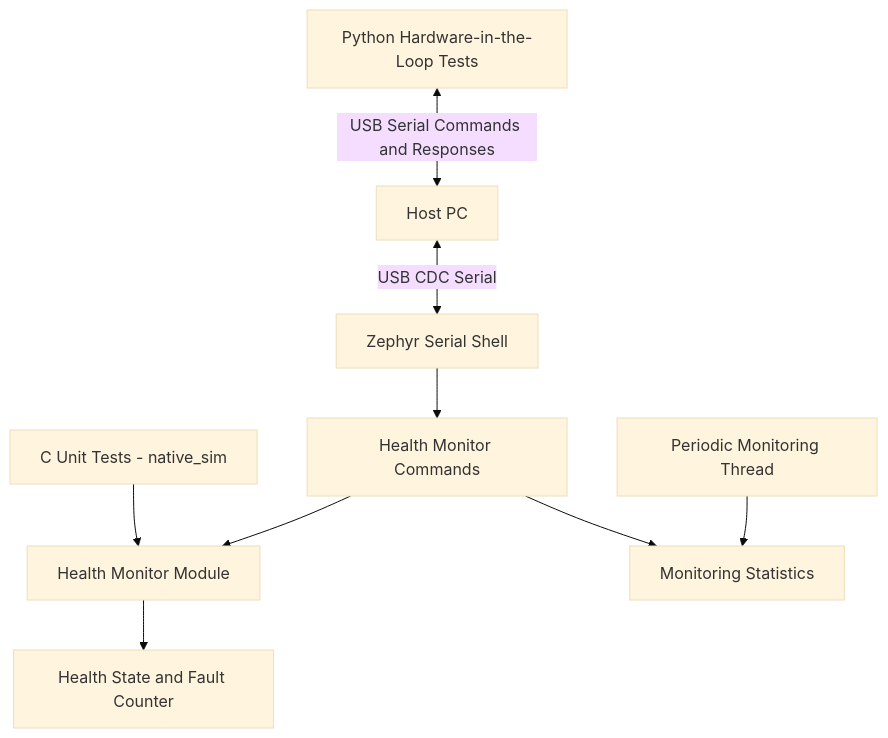
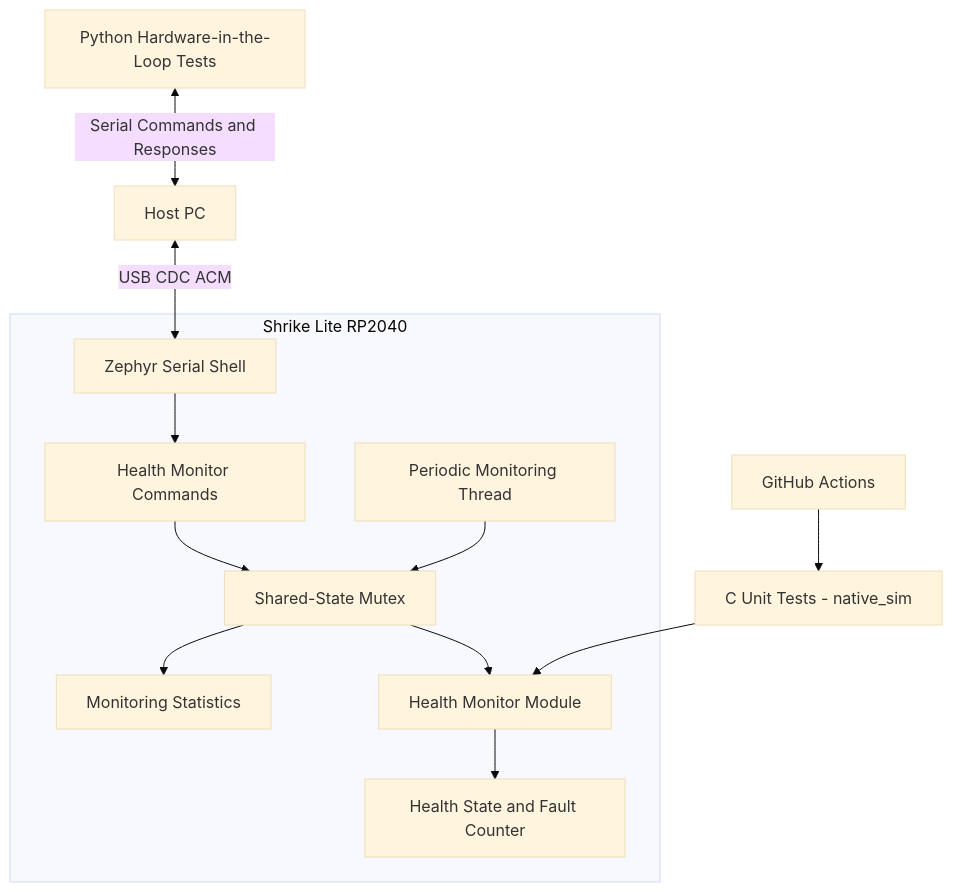
Before and after one commit to SarangKudtarkar/embedded-device-health-monitor: the diagram in README.md, drawn with Mermaid (base theme). The commit also changed other lines of this file, not shown here.

````diff
--- a/README.md
+++ b/README.md
@@ -161,11 +38,29 @@
 ```mermaid
 flowchart TD
-    A[Host PC] <-->|USB CDC Serial| B[Zephyr Serial Shell]
-    B --> C[Health Monitor Commands]
-    C --> D[Health Monitor Module]
-    E[Periodic Monitoring Thread] --> F[Monitoring Statistics]
-    C --> F
-    D --> G[Health State and Fault Counter]
-    H[Python Hardware-in-the-Loop Tests] <-->|USB Serial Commands and Responses| A
-    I[C Unit Tests - native_sim] --> D
+    subgraph Device["Shrike Lite RP2040"]
+        Shell["Zephyr Serial Shell"]
+        Commands["Health Monitor Commands"]
+        Monitor["Periodic Monitoring Thread"]
+        Mutex["Shared-State Mutex"]
+        Health["Health Monitor Module"]
+        Stats["Monitoring Statistics"]
+        State["Health State and Fault Counter"]
+
+        Shell --> Commands
+        Commands --> Mutex
+        Monitor --> Mutex
+        Mutex --> Stats
+        Mutex --> Health
+        Health --> State
+    end
+
+    Host["Host PC"]
+    Python["Python Hardware-in-the-Loop Tests"]
+    Unit["C Unit Tests - native_sim"]
+    CI["GitHub Actions"]
+
+    Host <-->|USB CDC ACM| Shell
+    Python <-->|Serial Commands and Responses| Host
+    Unit --> Health
+    CI --> Unit
 ```
````
